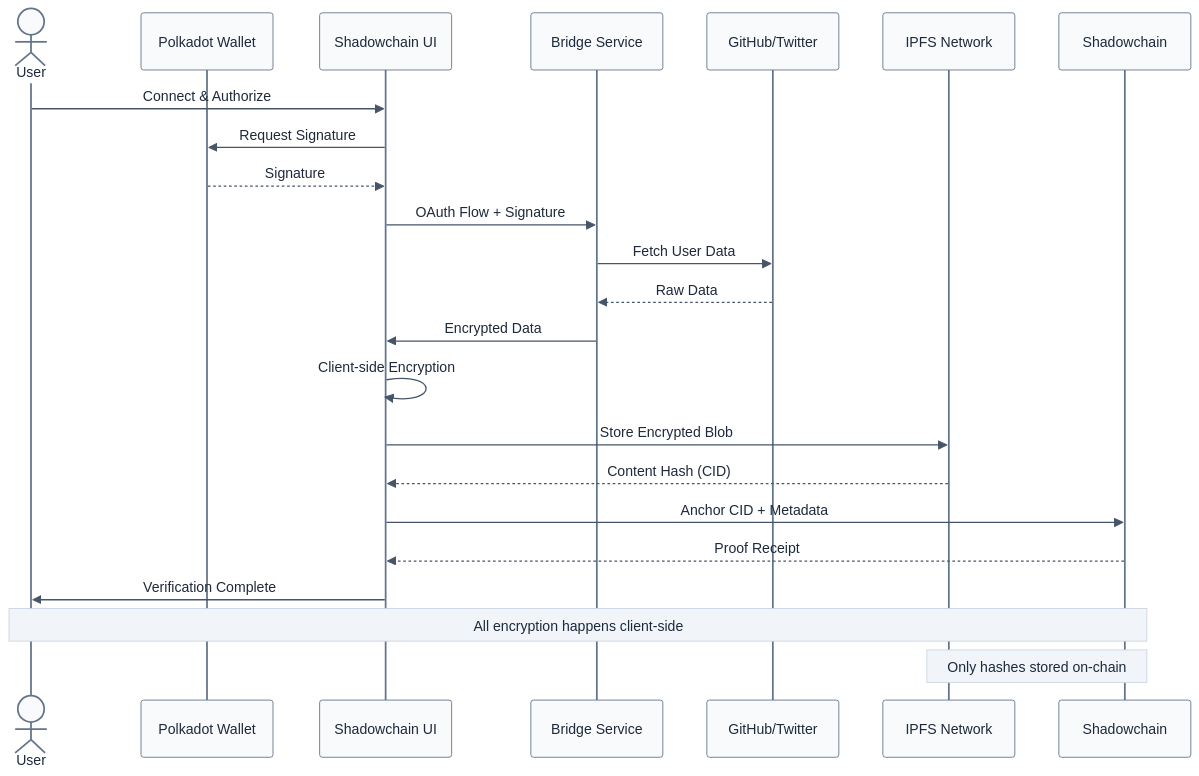
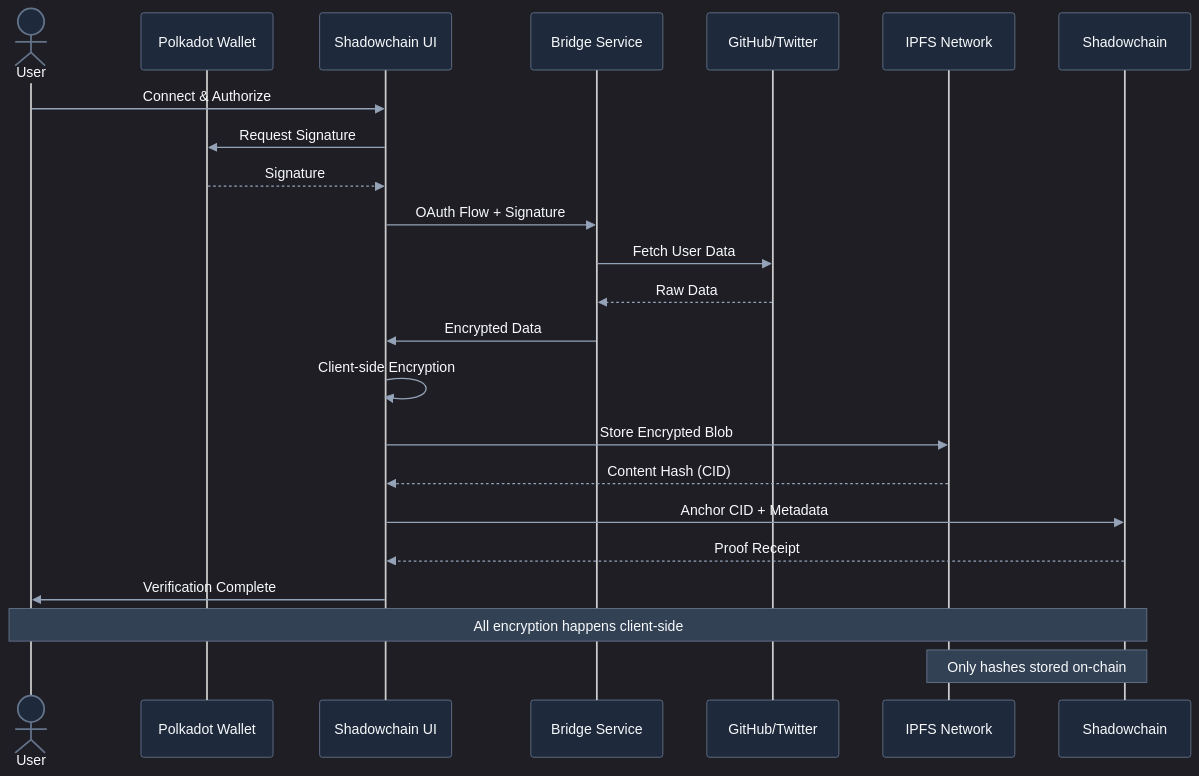
One commit to tufstraka/shadowchain changed the second of 4 diagrams in README.md. Above: the diagram before and after it, drawn with Mermaid. The commit also changed other lines of this file, not shown here.

Commit message:
Switch to dark theme for better contrast in both modes

````diff
--- a/README.md
+++ b/README.md
@@ -204,28 +202,28 @@
 ```mermaid
-%%{init: {'theme':'base', 'themeVariables': { 'primaryColor':'#2563eb','primaryTextColor':'#fff','secondaryColor':'#0ea5e9','tertiaryColor':'#64748b','noteBkgColor':'#f1f5f9','noteTextColor':'#1e293b','noteBorderColor':'#cbd5e1','actorBkg':'#f8fafc','actorBorder':'#64748b','actorTextColor':'#1e293b','signalColor':'#475569','signalTextColor':'#1e293b','labelBoxBkgColor':'#f1f5f9','labelTextColor':'#1e293b','loopTextColor':'#1e293b','activationBkgColor':'#dbeafe','activationBorderColor':'#2563eb','sequenceNumberColor':'#fff'}}}%%
+%%{init: {'theme':'dark', 'themeVariables': { 'actorBkg':'#1e293b','actorBorder':'#64748b','actorTextColor':'#f8fafc','noteBkgColor':'#334155','noteTextColor':'#f8fafc','noteBorderColor':'#64748b','signalColor':'#94a3b8','signalTextColor':'#f8fafc','labelBoxBkgColor':'#1e293b','labelTextColor':'#f8fafc','loopTextColor':'#f8fafc','activationBkgColor':'#3b82f6','activationBorderColor':'#60a5fa','sequenceNumberColor':'#f8fafc','fontFamily':'ui-sans-serif, system-ui, sans-serif'}}}%%
 sequenceDiagram
     actor User
     participant Wallet as Polkadot Wallet
     participant Frontend as Shadowchain UI
     participant Backend as Bridge Service
     participant Platform as GitHub/Twitter
     participant IPFS as IPFS Network
     participant Chain as Shadowchain
 
     User->>Frontend: Connect & Authorize
     Frontend->>Wallet: Request Signature
     Wallet-->>Frontend: Signature
     Frontend->>Backend: OAuth Flow + Signature
     Backend->>Platform: Fetch User Data
     Platform-->>Backend: Raw Data
     Backend->>Frontend: Encrypted Data
     Frontend->>Frontend: Client-side Encryption
     Frontend->>IPFS: Store Encrypted Blob
     IPFS-->>Frontend: Content Hash (CID)
     Frontend->>Chain: Anchor CID + Metadata
     Chain-->>Frontend: Proof Receipt
     Frontend->>User: Verification Complete
     
     Note over User,Chain: All encryption happens client-side
     Note over IPFS,Chain: Only hashes stored on-chain
 ```
````
